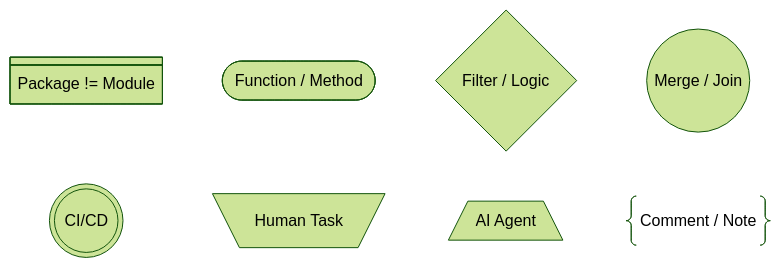
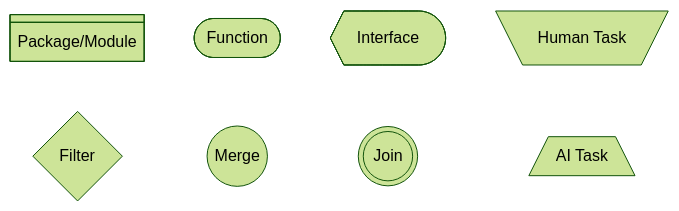
The second of 4 diagrams in docs/architecture/standards.md (vinnylg/leafletslm), drawn with Mermaid (forest theme) before and after one commit. The commit also changed other lines of this file, not shown here.

````diff
--- a/docs/architecture/standards.md
+++ b/docs/architecture/standards.md
@@ -71,17 +71,17 @@
 ```mermaid
 flowchart LR
 
-    Mod@{ shape: div-rect, label: "Package != Module" }
-    Fun([Function / Method])
-    If{Filter / Logic}
-    Join((Merge / Join))
-    End(((CI/CD)))
+    Mod@{ shape: div-rect, label: "Package/Module" }
+    Fun([Function])
+    If{Filter}
+    IHC@{ shape: curv-trap, label: "Interface"}
 
+    Merge((Merge))
+    Join(((Join)))
     Human[\Human Task/]
-    AI[/AI Agent\]
-    Note@{ shape: braces, label: "Comment / Note" }
+    AI[/AI Task\]
 
-    Mod ~~~ Fun ~~~ If ~~~ Join 
-    End ~~~ Human ~~~ AI ~~~ Note
+    Mod ~~~ Fun ~~~ IHC ~~~ Human
+    If ~~~ Merge ~~~ Join ~~~ AI 
 
 ```
````
